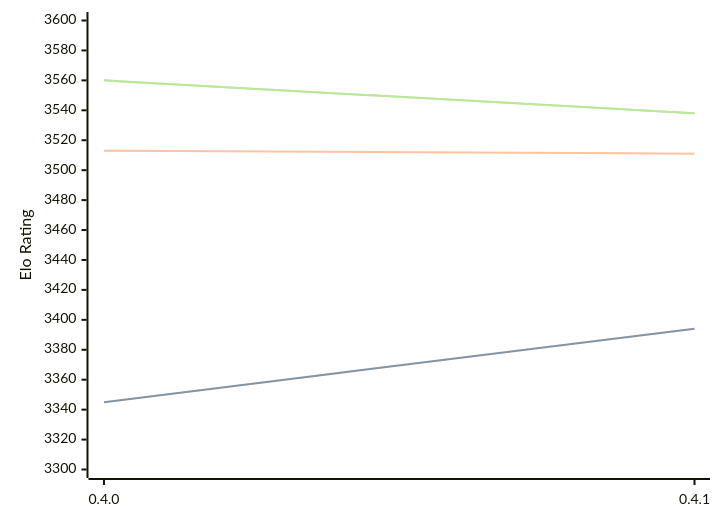
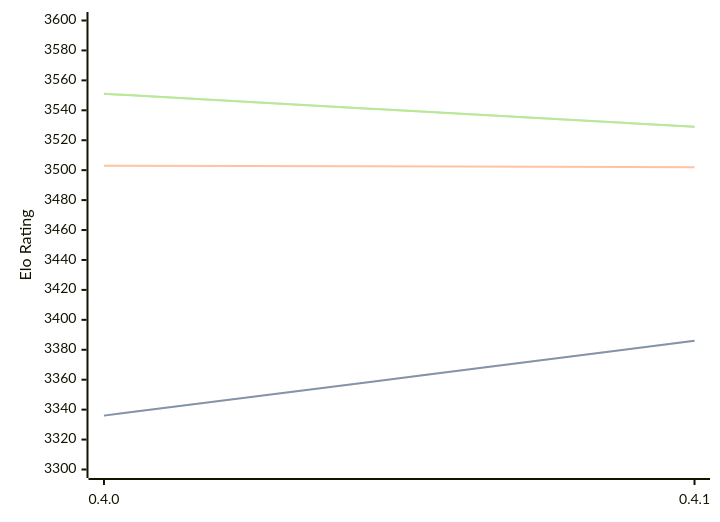
Before and after one commit to computer-chess-index/cci: the diagram in engines/Cinder.md, drawn with Mermaid. The commit also changed other lines of this file, not shown here.

Commit message:
Update CCI Ratings (ELO VLTC) - 2026-03-19

````diff
--- a/engines/Cinder.md
+++ b/engines/Cinder.md
@@ -38,11 +38,11 @@
 ```mermaid
 %%{init: {"theme":"base","themeVariables":{"seriesColors:['#a3a3a3','#222221','#faa371']}}}%%
 xychart-beta
   x-axis ["0.4.0", "0.4.1"]
   y-axis "Elo Rating" 3300 --> 3600
-  line "STC (8.0+0.08s)" [3345, 3394]
-  line "STC (8.0+0.08s)" [3345, 3394]
-  line "LTC (60.0+0.60s)" [3513, 3511]
-  line "VLTC (2m24s+1.12s)" [3560, 3538]
-  line "VLTC (2m24s+1.12s)" [3560, 3538]
+  line "STC (8.0+0.08s)" [3336, 3386]
+  line "STC (8.0+0.08s)" [3336, 3386]
+  line "LTC (60.0+0.60s)" [3503, 3502]
+  line "VLTC (2m24s+1.12s)" [3551, 3529]
+  line "VLTC (2m24s+1.12s)" [3551, 3529]
 ```
````
